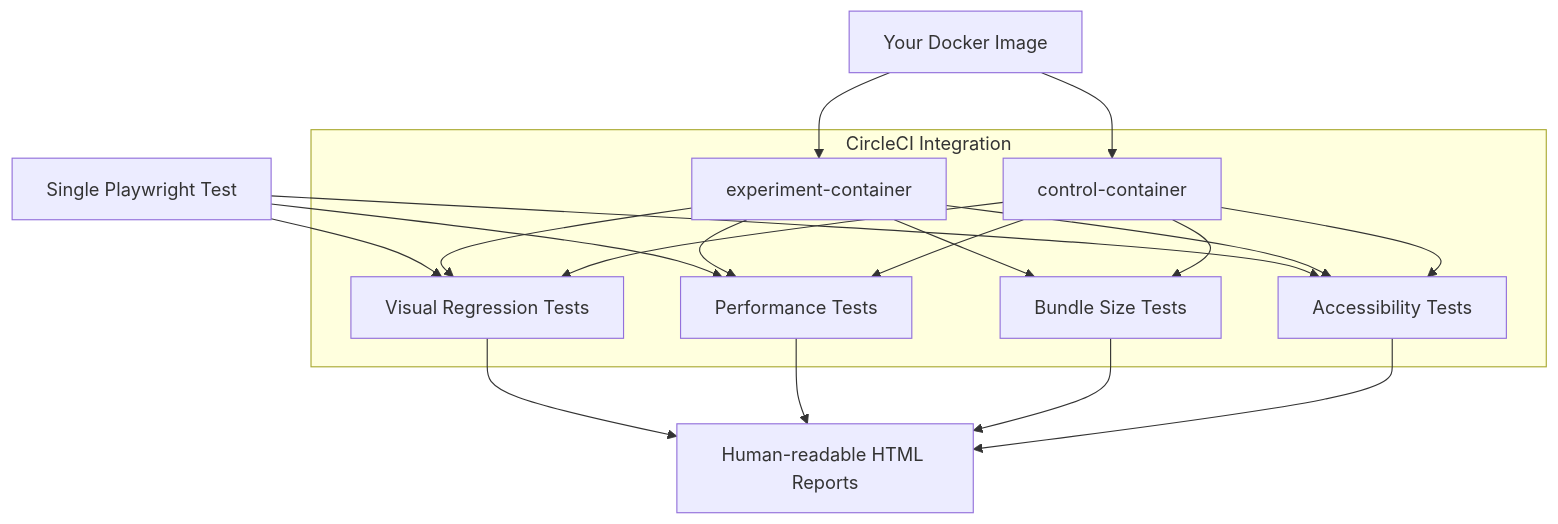
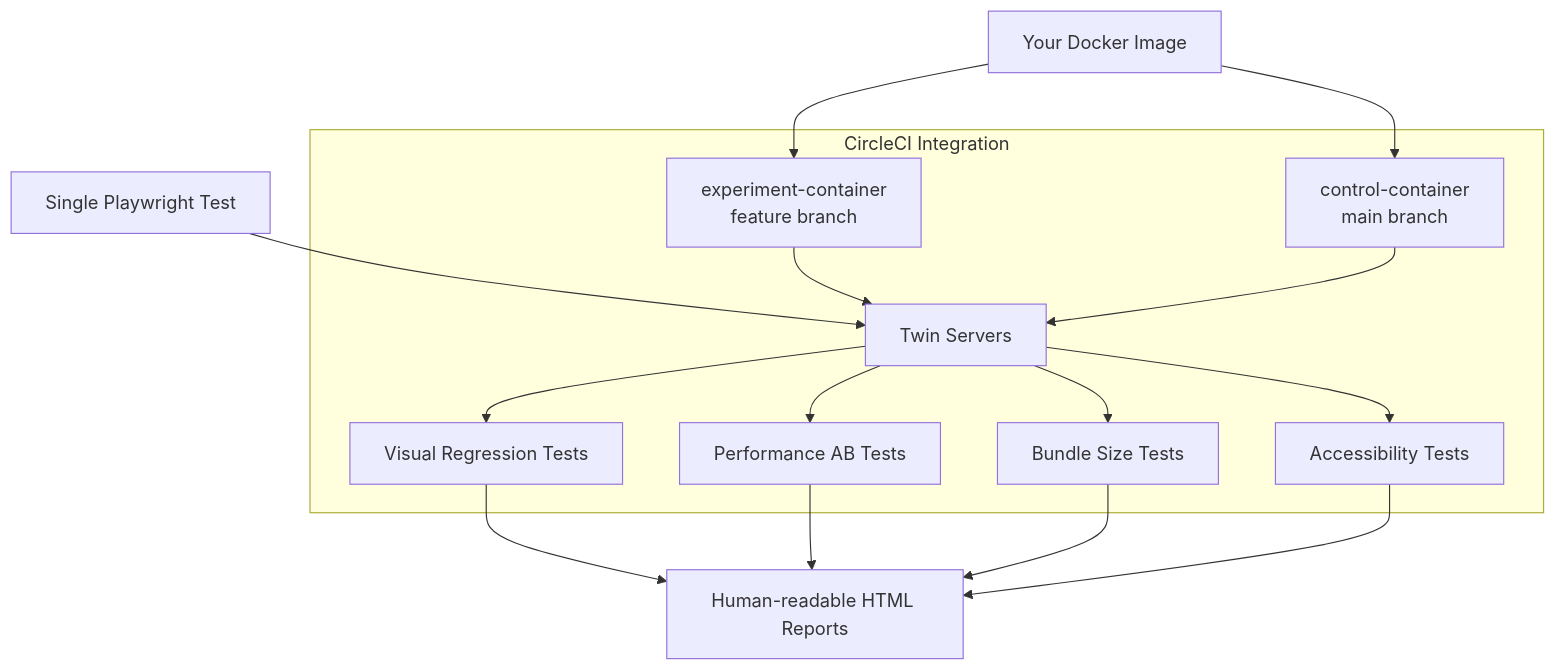
Before and after one commit to shakacode/shakaperf: the diagram in README.md, drawn with Mermaid.

Commit message:
docs: add Twin Servers to architecture diagram
Restructure diagram to show containers inside CircleCI Integration
with Twin Servers as the central orchestrator between containers
and test types.

````diff
--- a/README.md
+++ b/README.md
@@ -17,24 +17,21 @@
 ```mermaid
 graph TD
-    A[Your Docker Image] --> B[experiment-container]
-    A --> C[control-container]
-    P[Single Playwright Test] --> D
-    P --> E
-    P --> G
+    A[Your Docker Image] --> B
+    P[Single Playwright Test] --> T
 
     subgraph CircleCI Integration
-        B --> D[Visual Regression Tests]
-        B --> E[Performance Tests]
-        B --> F[Bundle Size Tests]
-        B --> G[Accessibility Tests]
-        C --> D
-        C --> E
-        C --> F
-        C --> G
+        B[experiment-container<br>feature branch] --> T[Twin Servers]
+        C[control-container<br>main branch] --> T
+        T --> F[Bundle Size Tests]
+        T --> D[Visual Regression Tests]
+        T --> E[Performance AB Tests]
+        T --> G[Accessibility Tests]
     end
+
+    A --> C
 
     D --> H[Human-readable HTML Reports]
     E --> H
     F --> H
     G --> H
 ```
````
